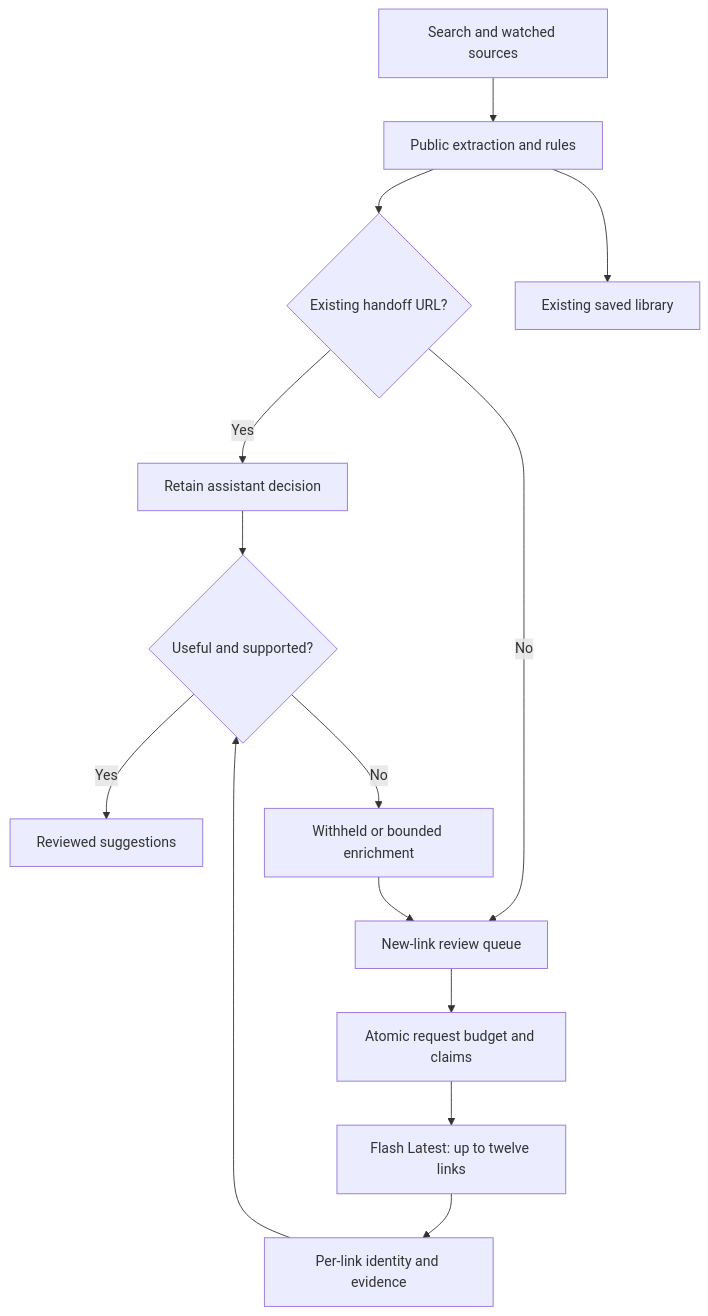
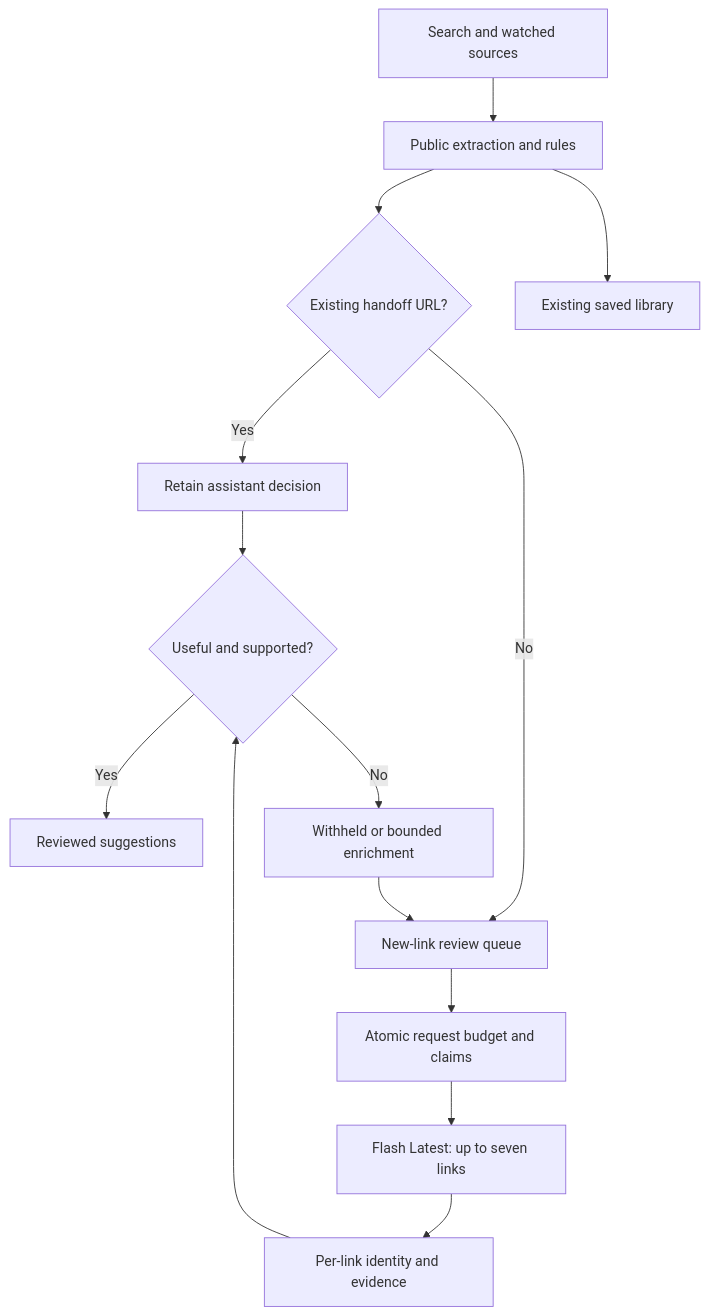
Before and after one commit to Idoheled/StackSignal: the diagram in docs/GEMINI_EVALUATION.md, drawn with Mermaid. The commit also changed other lines of this file and 6 other files, not shown here.

````diff
--- a/docs/GEMINI_EVALUATION.md
+++ b/docs/GEMINI_EVALUATION.md
@@ -75,16 +75,16 @@
 ```mermaid
 flowchart TD
   Sources["Search and watched sources"] --> Capture["Public extraction and rules"]
   Capture --> Existing{"Existing handoff URL?"}
   Existing -->|Yes| Retain["Retain assistant decision"]
   Existing -->|No| Queue["New-link review queue"]
   Queue --> Reserve["Atomic request budget and claims"]
-  Reserve --> Batch["Flash Latest: up to twelve links"]
+  Reserve --> Batch["Flash Latest: up to seven links"]
   Batch --> Validate["Per-link identity and evidence"]
   Validate --> Admission{"Useful and supported?"}
   Admission -->|Yes| Feed["Reviewed suggestions"]
   Retain --> Admission
   Admission -->|No| Hold["Withheld or bounded enrichment"]
   Hold --> Queue
   Capture --> Library["Existing saved library"]
 ```
````
